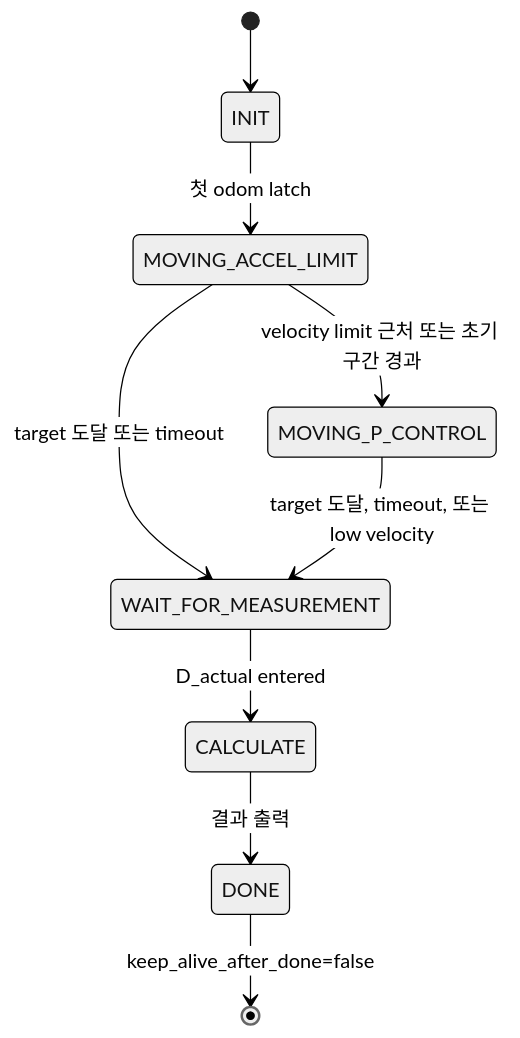
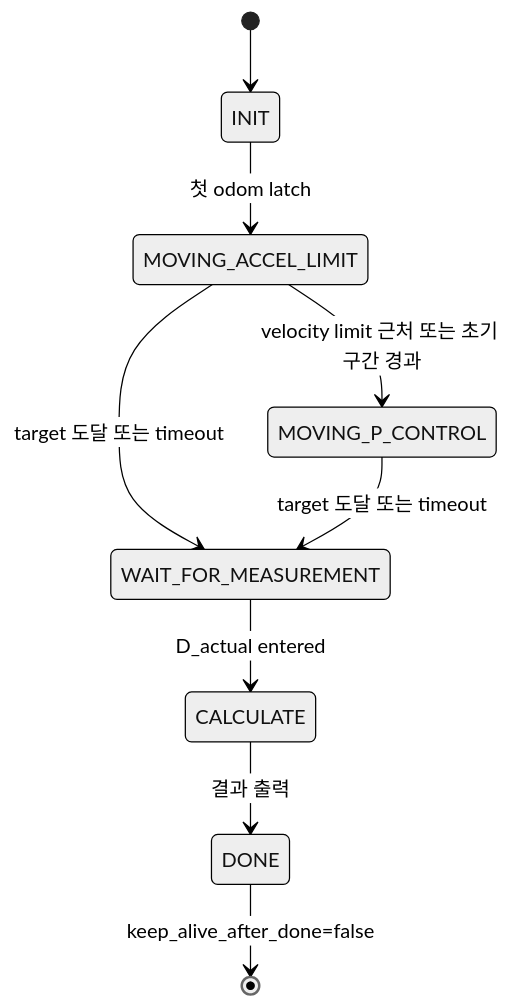
The fourth of 4 diagrams in docs/calibration.md (grade-e/odometry-calibrator), drawn with Mermaid (neutral theme) before and after one commit. The commit also changed other lines of this file and 9 other files, not shown here.

````diff
--- a/docs/calibration.md
+++ b/docs/calibration.md
@@ -134,11 +134,11 @@
 ```mermaid
 stateDiagram-v2
     [*] --> INIT
     INIT --> MOVING_ACCEL_LIMIT: 첫 odom latch
     MOVING_ACCEL_LIMIT --> MOVING_P_CONTROL: velocity limit 근처 또는 초기 구간 경과
     MOVING_ACCEL_LIMIT --> WAIT_FOR_MEASUREMENT: target 도달 또는 timeout
-    MOVING_P_CONTROL --> WAIT_FOR_MEASUREMENT: target 도달, timeout, 또는 low velocity
+    MOVING_P_CONTROL --> WAIT_FOR_MEASUREMENT: target 도달 또는 timeout
     WAIT_FOR_MEASUREMENT --> CALCULATE: D_actual entered
     CALCULATE --> DONE: 결과 출력
     DONE --> [*]: keep_alive_after_done=false
 ```
````
